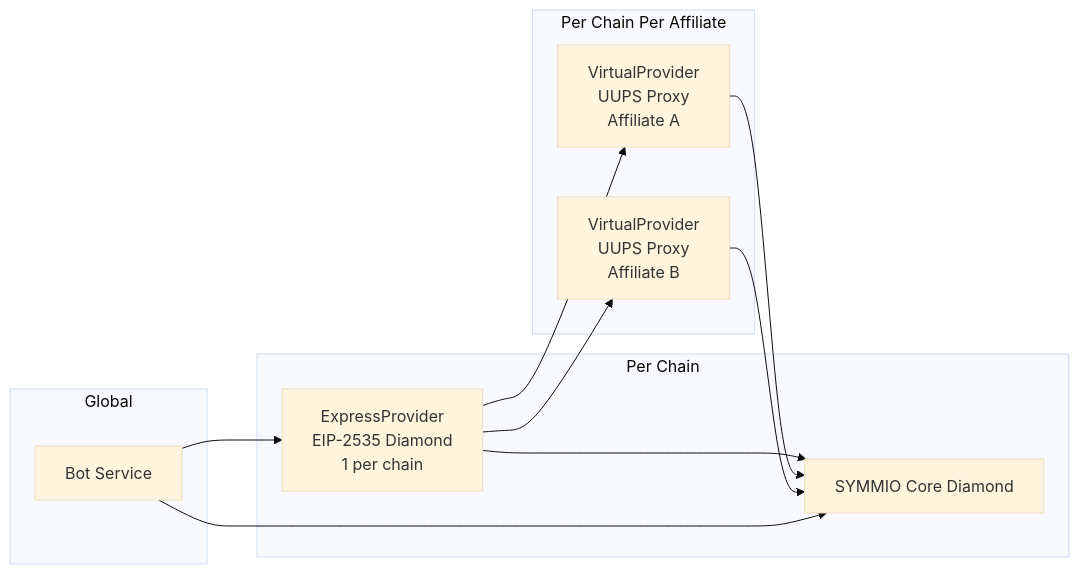
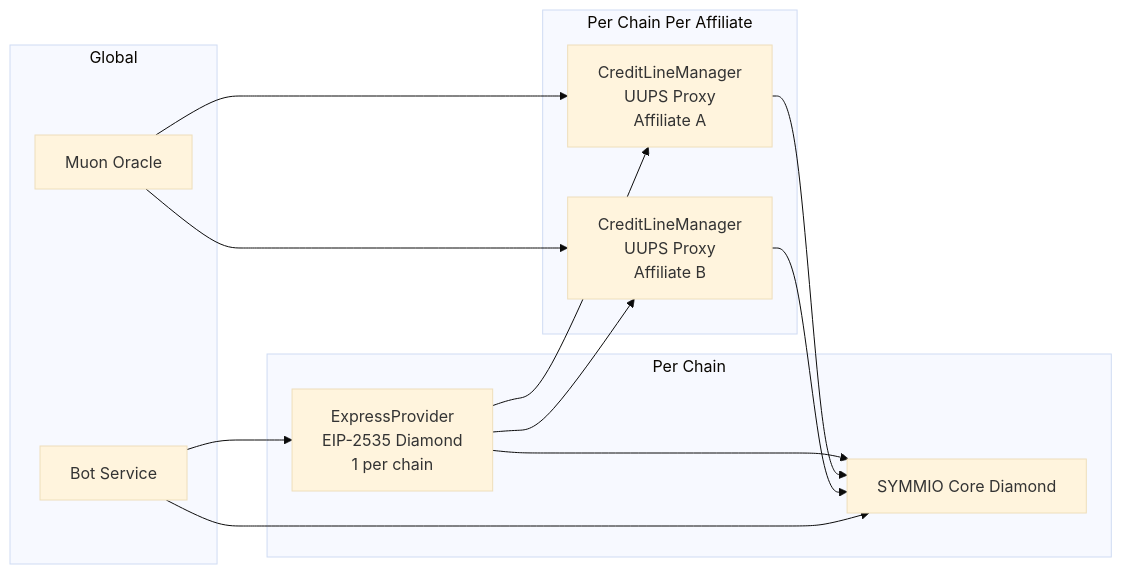
The second of 16 diagrams in docs/v0.8.6/express-withdrawal-system-design.md (SYMM-IO/perps-core), drawn with Mermaid (base theme) before and after one commit. The commit also changed other lines of this file and 9 other files, not shown here.

Commit message:
docs: replace VirtualProvider with Credit Line system in express provider docs

````diff
--- a/docs/v0.8.6/express-withdrawal-system-design.md
+++ b/docs/v0.8.6/express-withdrawal-system-design.md
@@ -67,22 +70,25 @@
 ```mermaid
 flowchart LR
     subgraph "Per Chain"
         SYMMIO[SYMMIO Core Diamond]
         EC[ExpressProvider<br/>EIP-2535 Diamond<br/>1 per chain]
     end
     subgraph "Per Chain Per Affiliate"
-        VC1[VirtualProvider<br/>UUPS Proxy<br/>Affiliate A]
-        VC2[VirtualProvider<br/>UUPS Proxy<br/>Affiliate B]
+        CLM1[CreditLineManager<br/>UUPS Proxy<br/>Affiliate A]
+        CLM2[CreditLineManager<br/>UUPS Proxy<br/>Affiliate B]
     end
     subgraph "Global"
         Bot[Bot Service]
+        Muon[Muon Oracle]
     end
 
     EC --> SYMMIO
-    VC1 --> SYMMIO
-    VC2 --> SYMMIO
-    EC --> VC1
-    EC --> VC2
+    CLM1 --> SYMMIO
+    CLM2 --> SYMMIO
+    EC --> CLM1
+    EC --> CLM2
     Bot --> EC
     Bot --> SYMMIO
+    Muon --> CLM1
+    Muon --> CLM2
 ```
````
